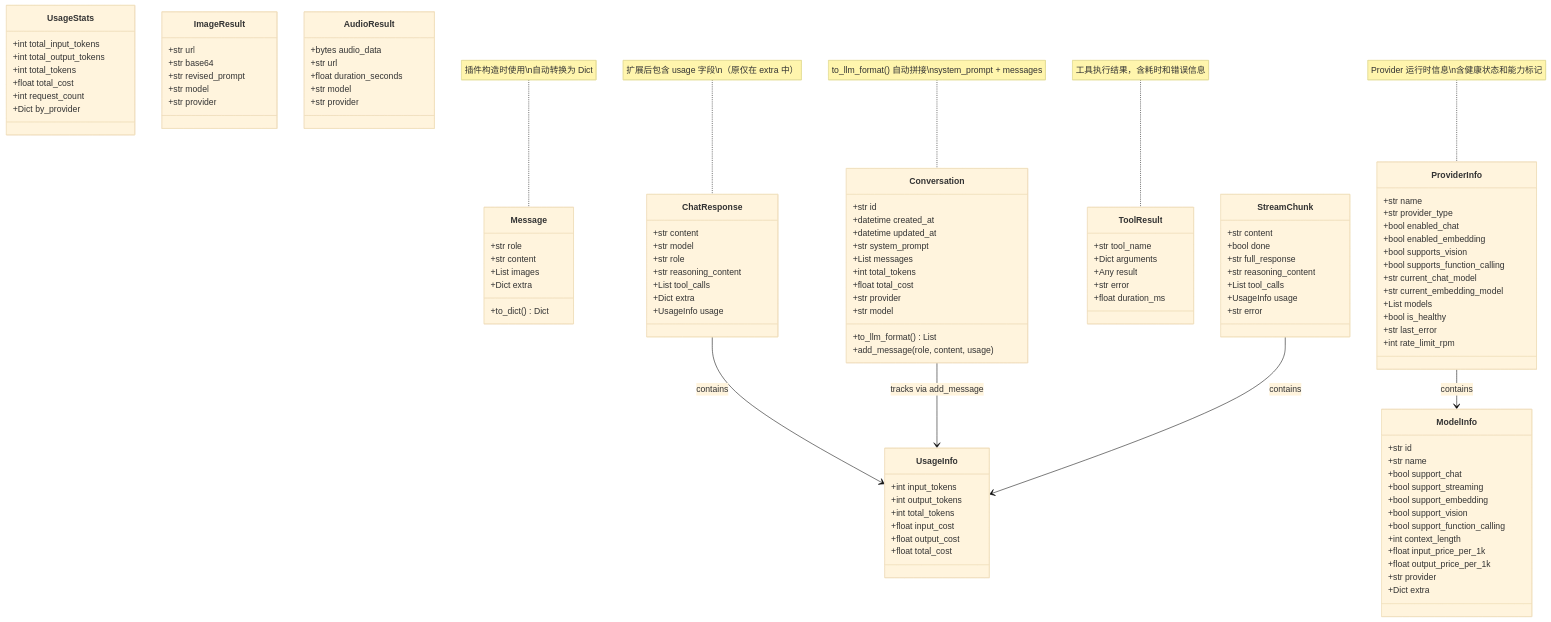
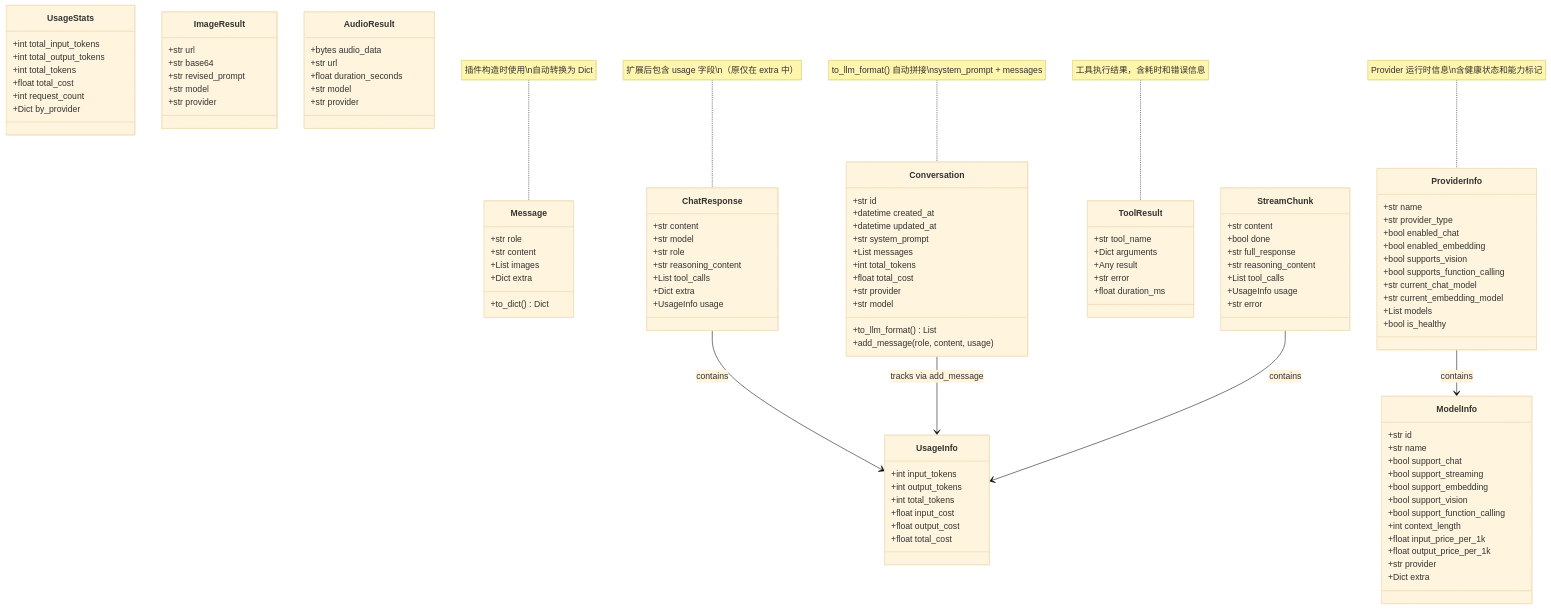
One commit to KKPIP-Tech/InstructionX changed the first of 8 diagrams in docs/core/llm-provider/api-reference.md. Above: the diagram before and after it, drawn with Mermaid (base theme). The commit also changed other lines of this file and 13 other files, not shown here.

```diff
--- a/docs/core/llm-provider/api-reference.md
+++ b/docs/core/llm-provider/api-reference.md
@@ -409,8 +411,6 @@
         +str current_embedding_model
         +List models
         +bool is_healthy
-        +str last_error
-        +int rate_limit_rpm
     }
 
     class ModelInfo {
```
